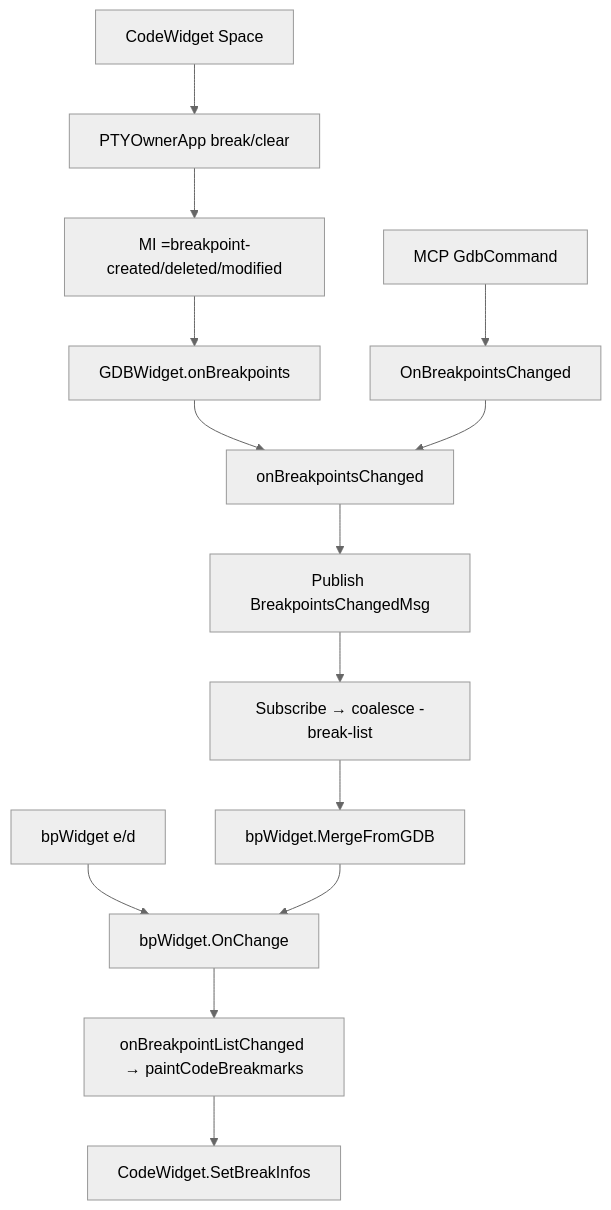
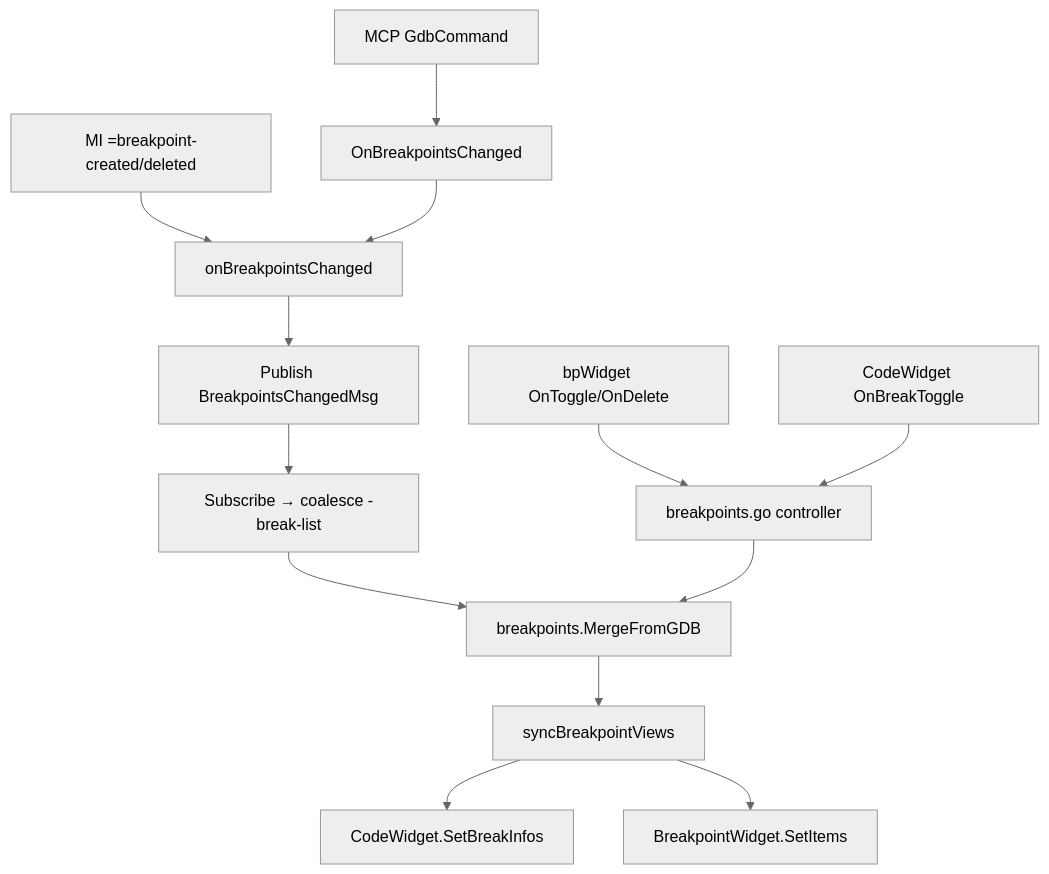
One commit to yairgd/gdbforge changed the fourth of 6 diagrams in docs/DEBUGGER_INTEGRATION.md. Above: the diagram before and after it, drawn with Mermaid (neutral theme). The commit also changed other lines of this file and 37 other files, not shown here.

First line of the commit message:
Refactor remaining panes to MVC and document the architecture.

````diff
--- a/docs/DEBUGGER_INTEGRATION.md
+++ b/docs/DEBUGGER_INTEGRATION.md
@@ -286,16 +292,15 @@
 ```mermaid
 flowchart TD
-  MI["MI =breakpoint-created/deleted/modified"] --> GW["GDBWidget.onBreakpoints"]
+  MI["MI =breakpoint-created/deleted"] --> OBC["onBreakpointsChanged"]
   MCP["MCP GdbCommand"] --> MCPCB["OnBreakpointsChanged"]
-  GW --> OBC["onBreakpointsChanged"]
   MCPCB --> OBC
   OBC --> BUS["Publish BreakpointsChangedMsg"]
   BUS --> SUB["Subscribe → coalesce -break-list"]
-  SUB --> MERGE["bpWidget.MergeFromGDB"]
-  BP["bpWidget e/d"] --> OC["bpWidget.OnChange"]
-  MERGE --> OC
-  OC --> PAINT["onBreakpointListChanged → paintCodeBreakmarks"]
-  PAINT --> CW["CodeWidget.SetBreakInfos"]
-  CODE["CodeWidget Space"] --> PTY["PTYOwnerApp break/clear"]
-  PTY --> MI
+  SUB --> MERGE["breakpoints.MergeFromGDB"]
+  MERGE --> SYNC["syncBreakpointViews"]
+  BP["bpWidget OnToggle/OnDelete"] --> CTRL["breakpoints.go controller"]
+  CODE["CodeWidget OnBreakToggle"] --> CTRL
+  CTRL --> MERGE
+  SYNC --> CW["CodeWidget.SetBreakInfos"]
+  SYNC --> BPW["BreakpointWidget.SetItems"]
 ```
````
